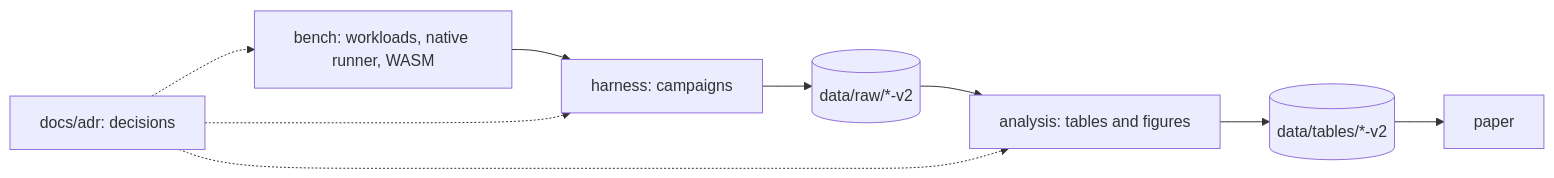
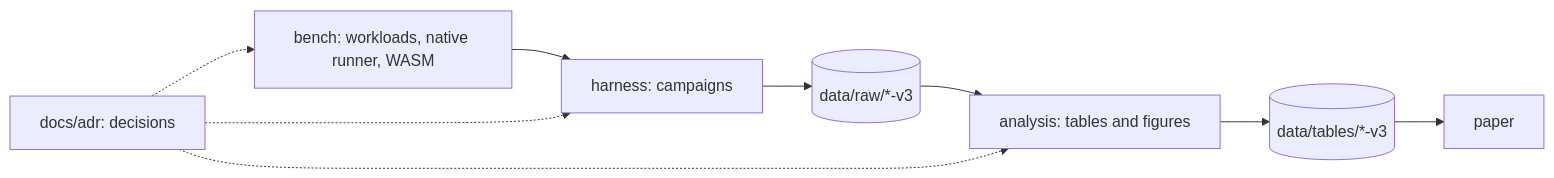
The diagram in README.md (DavidCCoimbra/Scalability-of-Parallel-Code-in-WebAssembly-in-the-Browser-vs-Native), drawn with Mermaid before and after one commit. The commit also changed other lines of this file and 48431 other files, not shown here.

Commit message:
chore(data): remove the data, tables and specs of measured/v2, kept at the tag data/v2 (#98)

````diff
--- a/README.md
+++ b/README.md
@@ -108,11 +110,11 @@
 ```mermaid
 flowchart LR
     bench["bench: workloads, native runner, WASM"] --> harness["harness: campaigns"]
-    harness --> raw[("data/raw/*-v2")]
+    harness --> raw[("data/raw/*-v3")]
     raw --> analysis["analysis: tables and figures"]
-    analysis --> tables[("data/tables/*-v2")]
+    analysis --> tables[("data/tables/*-v3")]
     tables --> paper["paper"]
     adr["docs/adr: decisions"] -.-> bench
     adr -.-> harness
     adr -.-> analysis
 ```
````
